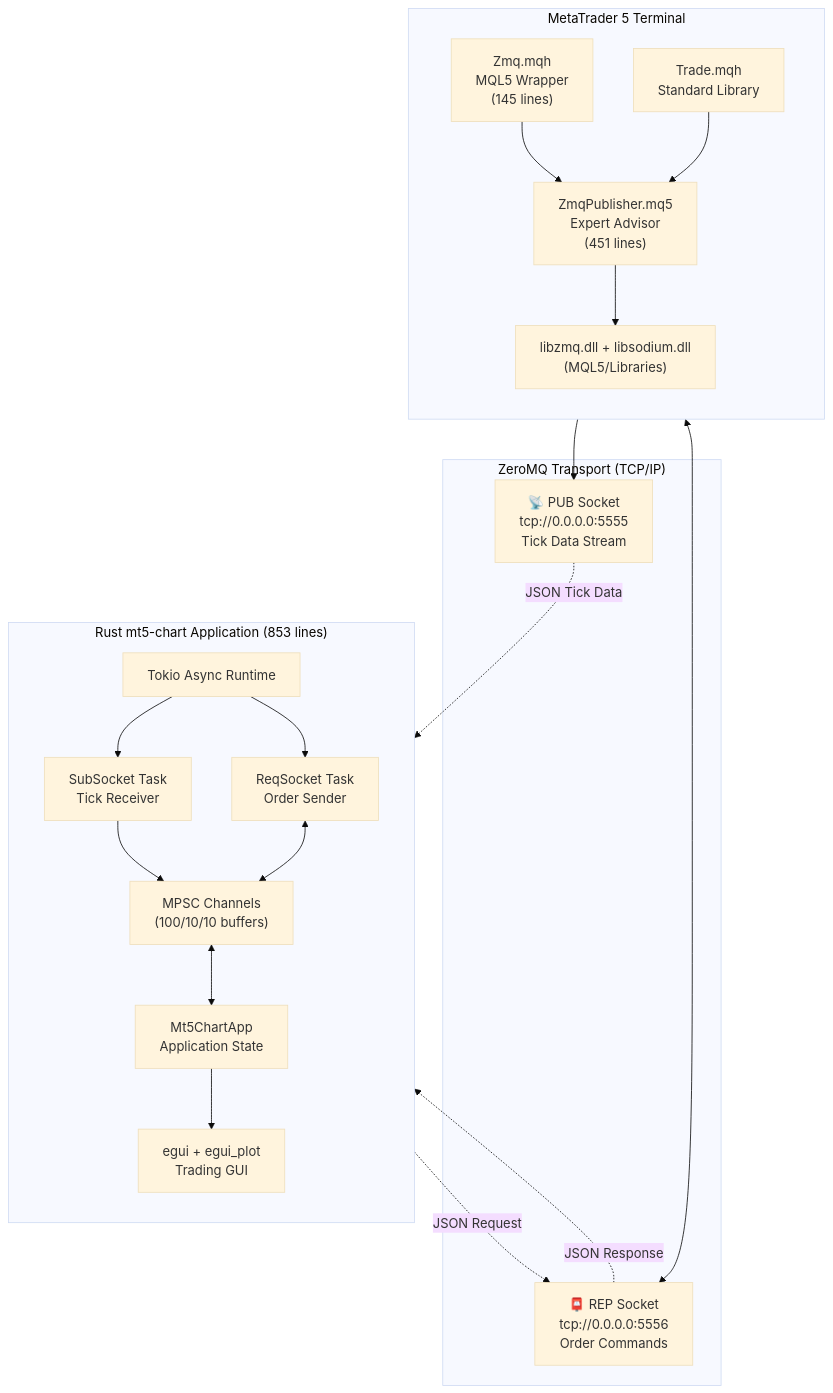
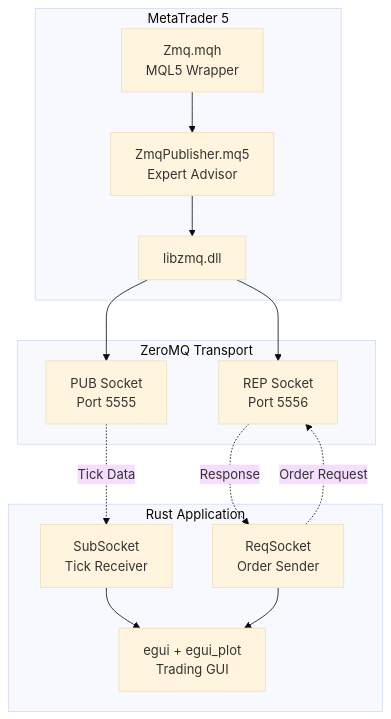
The first of 8 diagrams in MQL5-Rustmt5-chart-Documentation.md (algorembrant/SUM3API), drawn with Mermaid (base theme) before and after one commit. The commit also changed other lines of this file, not shown here.

````diff
--- a/MQL5-Rustmt5-chart-Documentation.md
+++ b/MQL5-Rustmt5-chart-Documentation.md
@@ -47,43 +45,30 @@
 ```mermaid
 flowchart TB
-    subgraph MT5["MetaTrader 5 Terminal"]
-        direction TB
-        EA["ZmqPublisher.mq5<br/>Expert Advisor<br/>(451 lines)"]
-        WRAPPER["Zmq.mqh<br/>MQL5 Wrapper<br/>(145 lines)"]
-        TRADE["Trade.mqh<br/>Standard Library"]
-        DLL_LIB["libzmq.dll + libsodium.dll<br/>(MQL5/Libraries)"]
-        
-        WRAPPER --> EA
-        TRADE --> EA
-        EA --> DLL_LIB
+    subgraph MT5["MetaTrader 5"]
+        EA[ZmqPublisher.mq5<br/>Expert Advisor]
+        ZMQ_LIB[libzmq.dll]
+        WRAPPER[Zmq.mqh<br/>MQL5 Wrapper]
     end
     
-    subgraph Network["ZeroMQ Transport (TCP/IP)"]
-        PUB_SOCKET["📡 PUB Socket<br/>tcp://0.0.0.0:5555<br/>Tick Data Stream"]
-        REP_SOCKET["📮 REP Socket<br/>tcp://0.0.0.0:5556<br/>Order Commands"]
+    subgraph Network["ZeroMQ Transport"]
+        PUB_SOCKET[PUB Socket<br/>Port 5555]
+        REP_SOCKET[REP Socket<br/>Port 5556]
     end
     
-    subgraph RUST["Rust mt5-chart Application (853 lines)"]
-        direction TB
-        TOKIO["Tokio Async Runtime"]
-        SUB["SubSocket Task<br/>Tick Receiver"]
-        REQ["ReqSocket Task<br/>Order Sender"]
-        CHANNELS["MPSC Channels<br/>(100/10/10 buffers)"]
-        APP_STATE["Mt5ChartApp<br/>Application State"]
-        GUI["egui + egui_plot<br/>Trading GUI"]
-        
-        TOKIO --> SUB
-        TOKIO --> REQ
-        SUB --> CHANNELS
-        REQ <--> CHANNELS
-        CHANNELS <--> APP_STATE
-        APP_STATE --> GUI
+    subgraph RUST["Rust Application"]
+        SUB[SubSocket<br/>Tick Receiver]
+        REQ[ReqSocket<br/>Order Sender]
+        GUI[egui + egui_plot<br/>Trading GUI]
     end
     
-    DLL_LIB --> PUB_SOCKET
-    DLL_LIB <--> REP_SOCKET
+    EA --> ZMQ_LIB
+    ZMQ_LIB --> PUB_SOCKET & REP_SOCKET
+    WRAPPER --> EA
     
-    PUB_SOCKET -.->|JSON Tick Data| SUB
-    REQ -.->|JSON Request| REP_SOCKET
-    REP_SOCKET -.->|JSON Response| REQ
+    PUB_SOCKET -.->|Tick Data| SUB
+    REQ -.->|Order Request| REP_SOCKET
+    REP_SOCKET -.->|Response| REQ
+    
+    SUB --> GUI
+    REQ --> GUI
 ```
````
